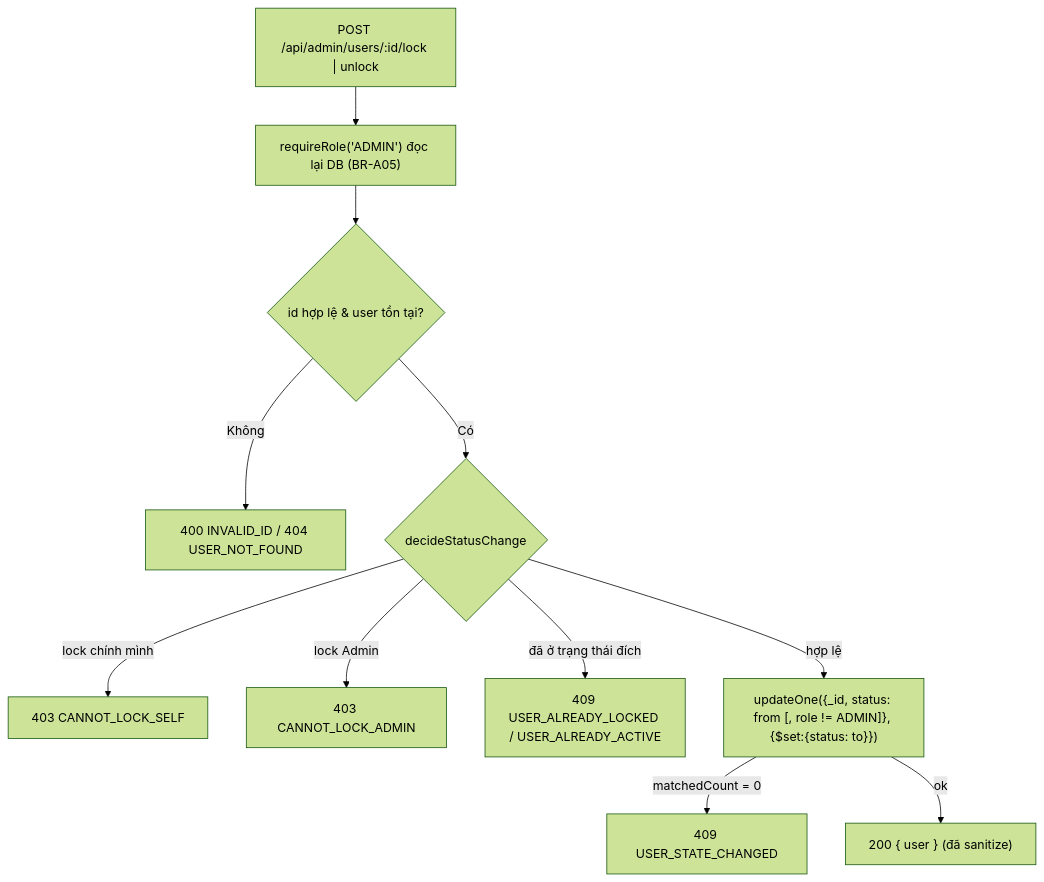
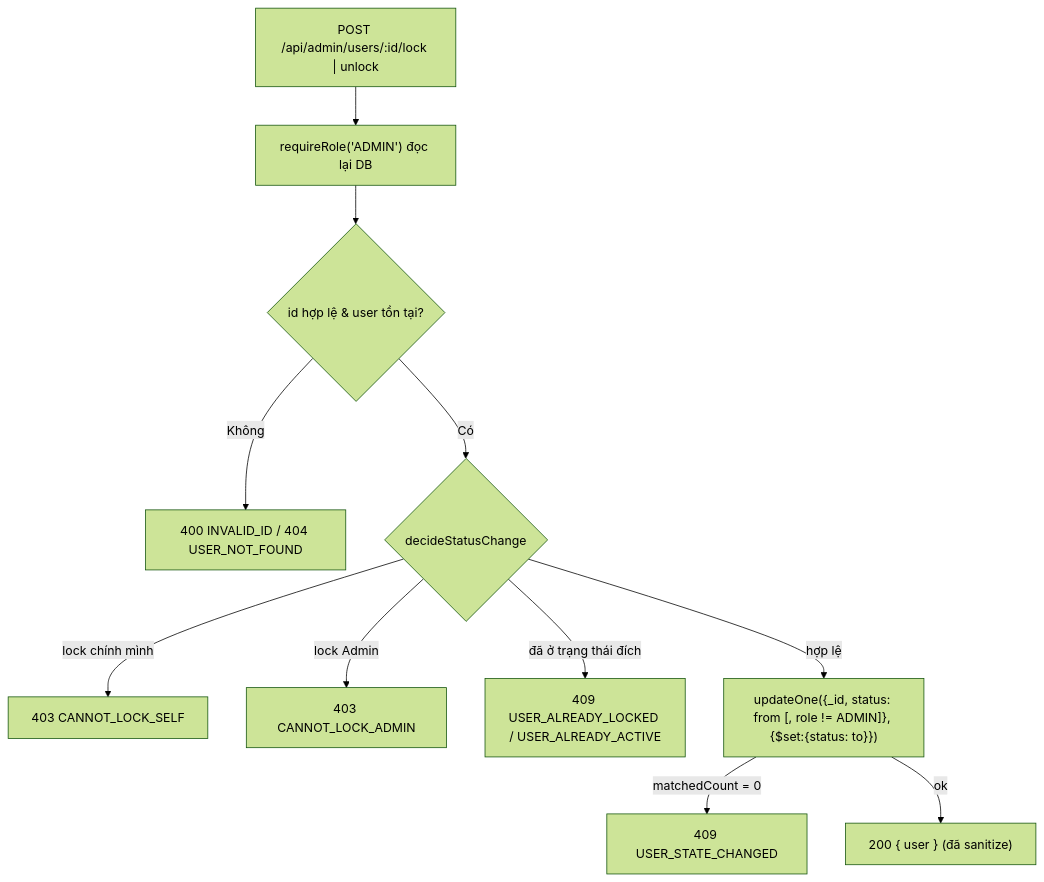
The diagram in my-server-mongodb/docs/workflow/admin-dashboard.md (httpsmanhuynh/KEN_CoffeeInBed), drawn with Mermaid (forest theme) before and after one commit. The commit also changed other lines of this file and 12 other files, not shown here.

````diff
--- a/my-server-mongodb/docs/workflow/admin-dashboard.md
+++ b/my-server-mongodb/docs/workflow/admin-dashboard.md
@@ -22,13 +22,13 @@
 ```mermaid
 flowchart TD
-    A["POST /api/admin/users/:id/lock | unlock"] --> B["requireRole('ADMIN') đọc lại DB (BR-A05)"]
+    A["POST /api/admin/users/:id/lock | unlock"] --> B["requireRole('ADMIN') đọc lại DB"]
     B --> C{"id hợp lệ & user tồn tại?"}
     C -- "Không" --> C1["400 INVALID_ID / 404 USER_NOT_FOUND"]
     C -- "Có" --> D{"decideStatusChange"}
     D -- "lock chính mình" --> D1["403 CANNOT_LOCK_SELF"]
     D -- "lock Admin" --> D2["403 CANNOT_LOCK_ADMIN"]
     D -- "đã ở trạng thái đích" --> D3["409 USER_ALREADY_LOCKED / USER_ALREADY_ACTIVE"]
     D -- "hợp lệ" --> E["updateOne({_id, status: from [, role != ADMIN]}, {$set:{status: to}})"]
     E -- "matchedCount = 0" --> E1["409 USER_STATE_CHANGED"]
     E -- "ok" --> F["200 { user } (đã sanitize)"]
 ```
````
